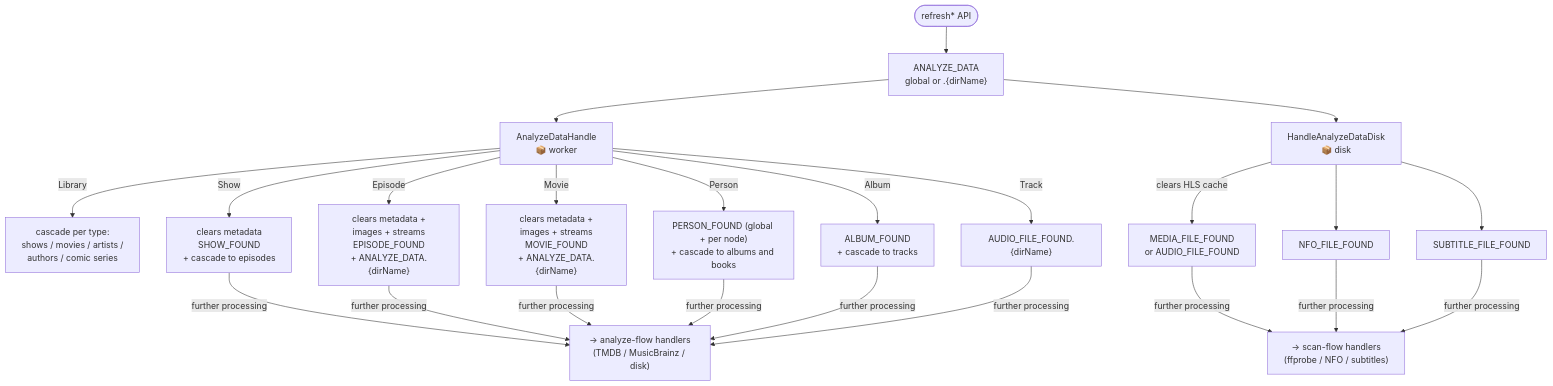
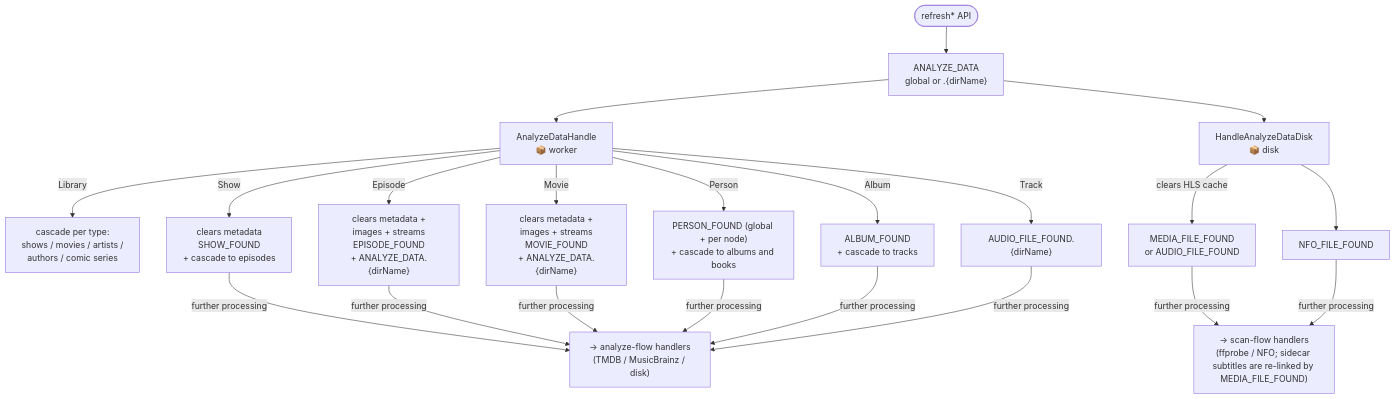
Before and after one commit to ister-app/server: the second of 2 diagrams in doc/architecture/diagrams/analyze-flow.md, drawn with Mermaid. The commit also changed 17 other files, not shown here.

First line of the commit message:
fix(subtitles): link sidecar subtitles regardless of scan order

````diff
--- a/doc/architecture/diagrams/analyze-flow.md
+++ b/doc/architecture/diagrams/analyze-flow.md
@@ -72,24 +72,23 @@
 ```mermaid
 flowchart TD
     API([refresh* API]) --> A
 
     A["ANALYZE_DATA\nglobal or .{dirName}"]
 
     A --> W["AnalyzeDataHandle\n📦 worker"]
     A --> D["HandleAnalyzeDataDisk\n📦 disk"]
 
     W -->|Library| W1["cascade per type:\nshows / movies / artists /\nauthors / comic series"]
     W -->|Show| W2["clears metadata\nSHOW_FOUND\n+ cascade to episodes"]
     W -->|Episode| W3["clears metadata +\nimages + streams\nEPISODE_FOUND\n+ ANALYZE_DATA.{dirName}"]
     W -->|Movie| W4["clears metadata +\nimages + streams\nMOVIE_FOUND\n+ ANALYZE_DATA.{dirName}"]
     W -->|Person| W5["PERSON_FOUND (global + per node)\n+ cascade to albums and books"]
     W -->|Album| W6["ALBUM_FOUND\n+ cascade to tracks"]
     W -->|Track| W7["AUDIO_FILE_FOUND.{dirName}"]
 
     D -->|"clears HLS cache"| D1["MEDIA_FILE_FOUND\nor AUDIO_FILE_FOUND"]
     D --> D2["NFO_FILE_FOUND"]
-    D --> D3["SUBTITLE_FILE_FOUND"]
 
     W2 & W3 & W4 & W5 & W6 & W7 -->|"further processing"| FLOWS["→ analyze-flow handlers\n(TMDB / MusicBrainz / disk)"]
-    D1 & D2 & D3 -->|"further processing"| FLOWS2["→ scan-flow handlers\n(ffprobe / NFO / subtitles)"]
+    D1 & D2 -->|"further processing"| FLOWS2["→ scan-flow handlers\n(ffprobe / NFO; sidecar subtitles are re-linked by MEDIA_FILE_FOUND)"]
 ```
````
